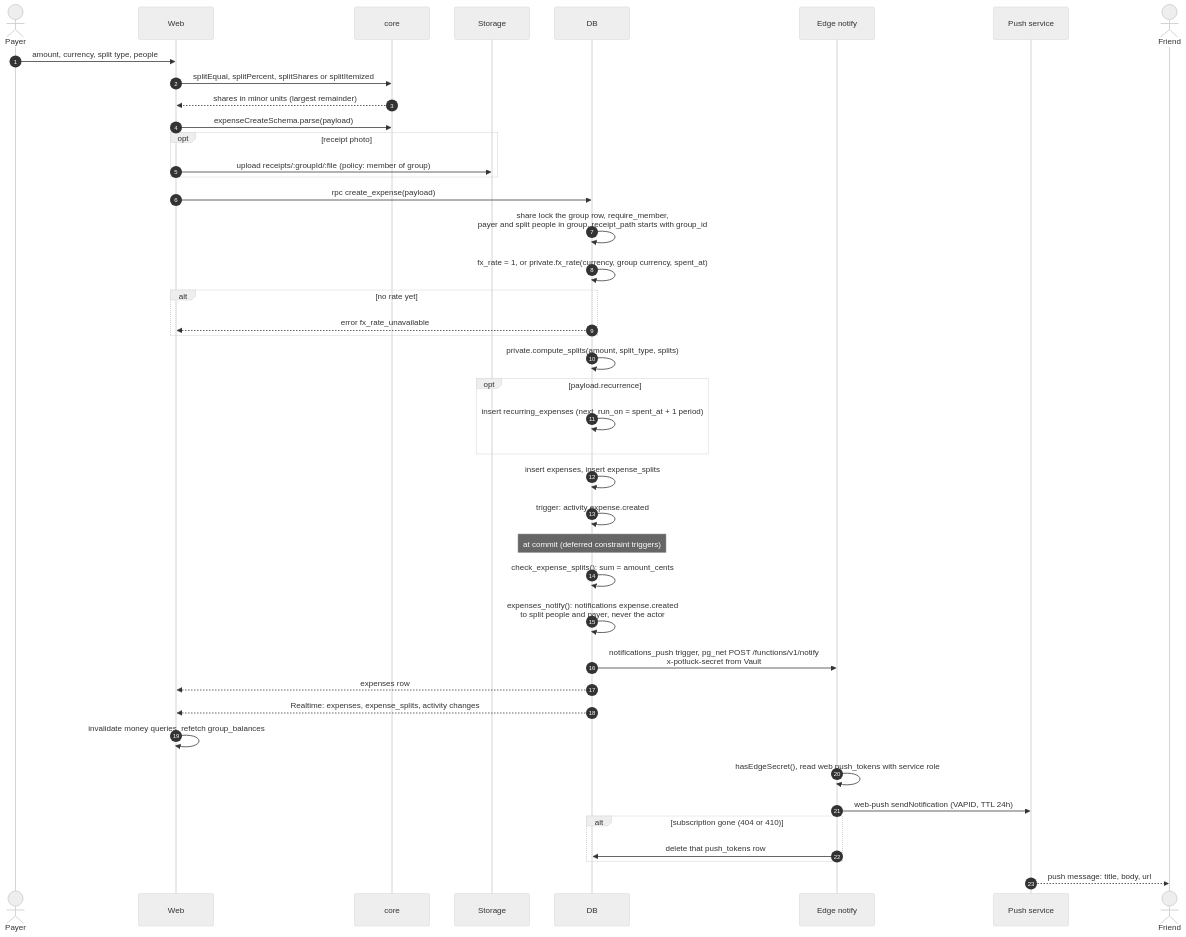
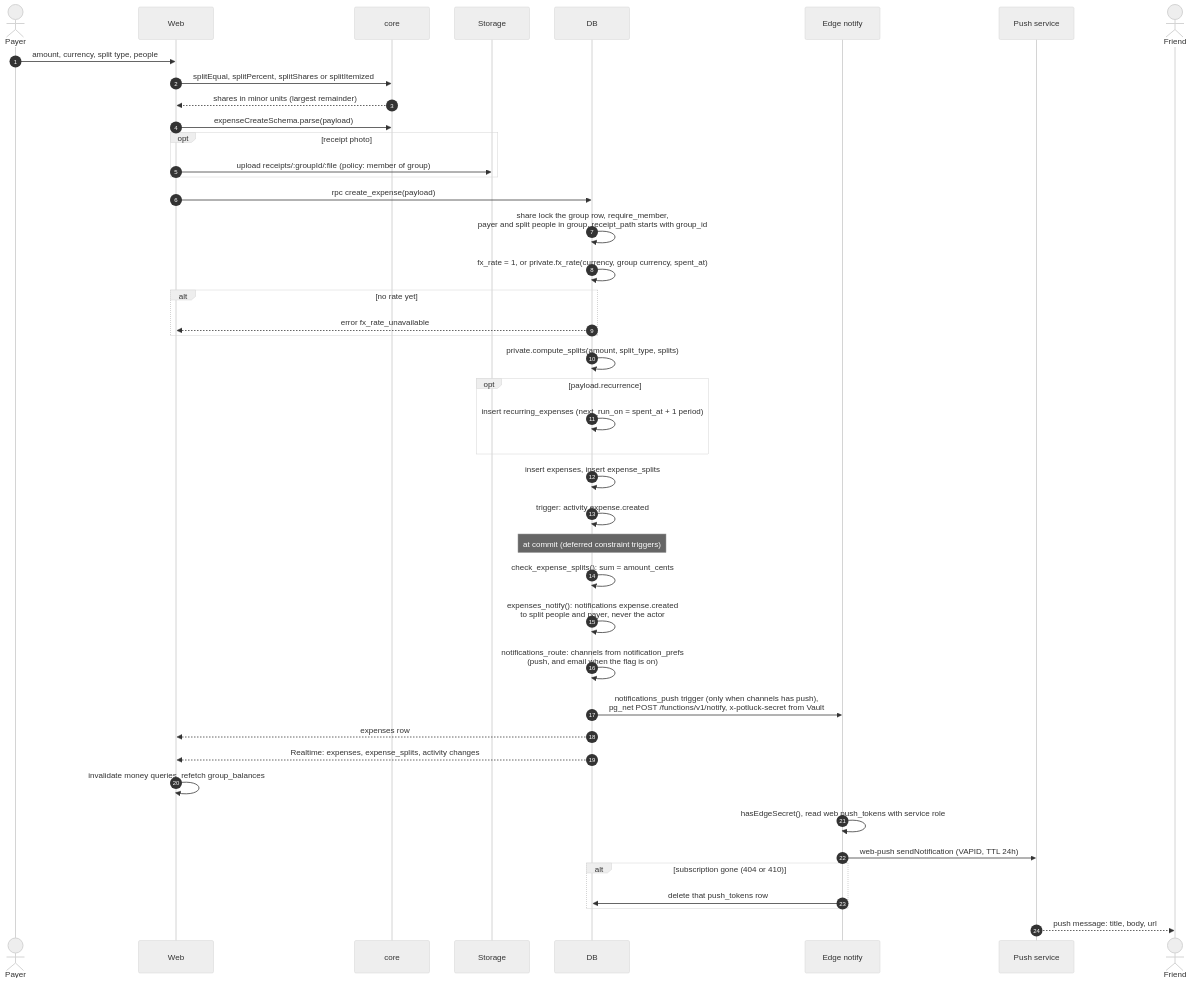
One commit to Fermulate/potluck changed the fourth of 15 diagrams in docs/sequences.md. Above: the diagram before and after it, drawn with Mermaid (neutral theme). The commit also changed other lines of this file and 11 other files, not shown here.

First line of the commit message:
docs: adr 11, notifications and email

````diff
--- a/docs/sequences.md
+++ b/docs/sequences.md
@@ -131,45 +132,46 @@
 ```mermaid
 sequenceDiagram
   autonumber
   actor P as Payer
   participant W as Web
   participant C as core
   participant S as Storage
   participant DB as DB
   participant E as Edge notify
   participant PS as Push service
   actor F as Friend
 
   P->>W: amount, currency, split type, people
   W->>C: splitEqual, splitPercent, splitShares or splitItemized
   C-->>W: shares in minor units (largest remainder)
   W->>C: expenseCreateSchema.parse(payload)
   opt receipt photo
     W->>S: upload receipts/:groupId/:file (policy: member of group)
   end
   W->>DB: rpc create_expense(payload)
   DB->>DB: share lock the group row, require_member,<br/>payer and split people in group, receipt_path starts with group_id
   DB->>DB: fx_rate = 1, or private.fx_rate(currency, group currency, spent_at)
   alt no rate yet
     DB-->>W: error fx_rate_unavailable
   end
   DB->>DB: private.compute_splits(amount, split_type, splits)
   opt payload.recurrence
     DB->>DB: insert recurring_expenses (next_run_on = spent_at + 1 period)
   end
   DB->>DB: insert expenses, insert expense_splits
   DB->>DB: trigger: activity expense.created
   Note over DB: at commit (deferred constraint triggers)
   DB->>DB: check_expense_splits(): sum = amount_cents
   DB->>DB: expenses_notify(): notifications expense.created<br/>to split people and payer, never the actor
-  DB->>E: notifications_push trigger, pg_net POST /functions/v1/notify<br/>x-potluck-secret from Vault
+  DB->>DB: notifications_route: channels from notification_prefs<br/>(push, and email when the flag is on)
+  DB->>E: notifications_push trigger (only when channels has push),<br/>pg_net POST /functions/v1/notify, x-potluck-secret from Vault
   DB-->>W: expenses row
   DB-->>W: Realtime: expenses, expense_splits, activity changes
   W->>W: invalidate money queries, refetch group_balances
   E->>E: hasEdgeSecret(), read web push_tokens with service role
   E->>PS: web-push sendNotification (VAPID, TTL 24h)
   alt subscription gone (404 or 410)
     E->>DB: delete that push_tokens row
   end
   PS-->>F: push message: title, body, url
 ```
````
